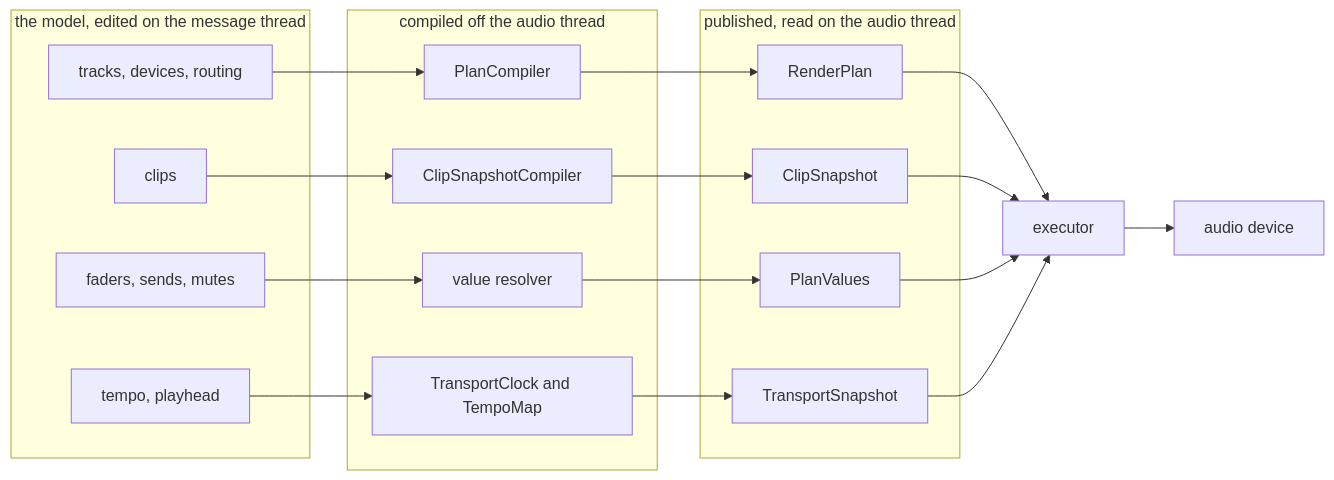
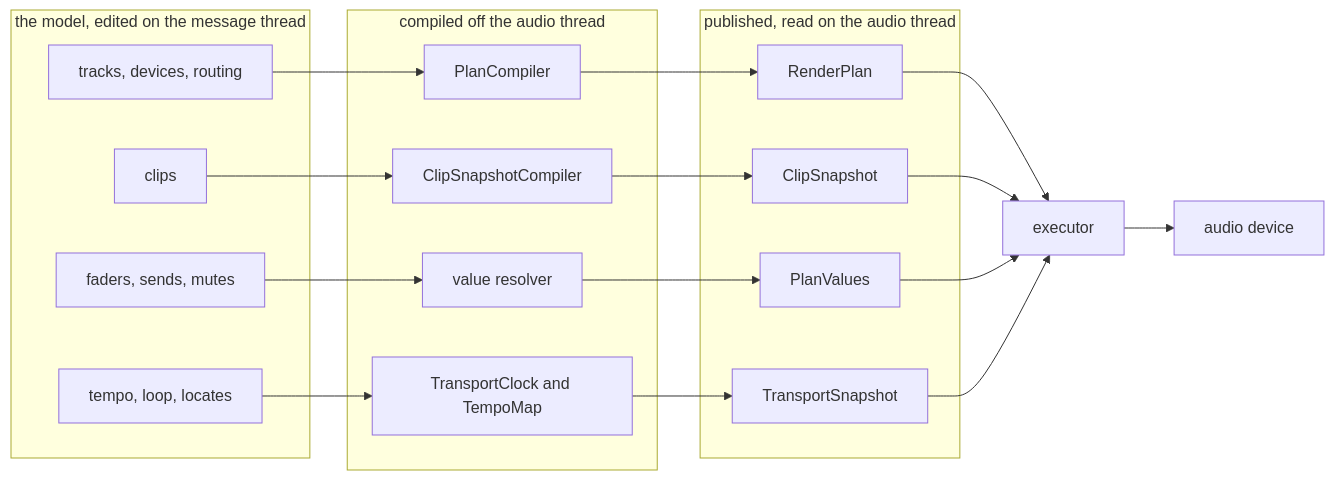
One commit to Conceptual-Machines/magda-core changed the first of 6 diagrams in docs/architecture/native-engine.md. Above: the diagram before and after it, drawn with Mermaid. The commit also changed other lines of this file, not shown here.

````diff
--- a/docs/architecture/native-engine.md
+++ b/docs/architecture/native-engine.md
@@ -71,34 +71,34 @@
 ```mermaid
 flowchart LR
     subgraph model["the model, edited on the message thread"]
         T["tracks, devices, routing"]
         C["clips"]
         V["faders, sends, mutes"]
-        M["tempo, playhead"]
+        M["tempo, loop, locates"]
     end
 
     subgraph compiled["compiled off the audio thread"]
         PC["PlanCompiler"]
         CC["ClipSnapshotCompiler"]
         VR["value resolver"]
         TC["TransportClock and TempoMap"]
     end
 
     subgraph live["published, read on the audio thread"]
         P["RenderPlan"]
         S["ClipSnapshot"]
         PV["PlanValues"]
         TS["TransportSnapshot"]
     end
 
     T --> PC --> P
     C --> CC --> S
     V --> VR --> PV
     M --> TC --> TS
 
     P --> EX["executor"]
     S --> EX
     PV --> EX
     TS --> EX
     EX --> OUT["audio device"]
 ```
````
